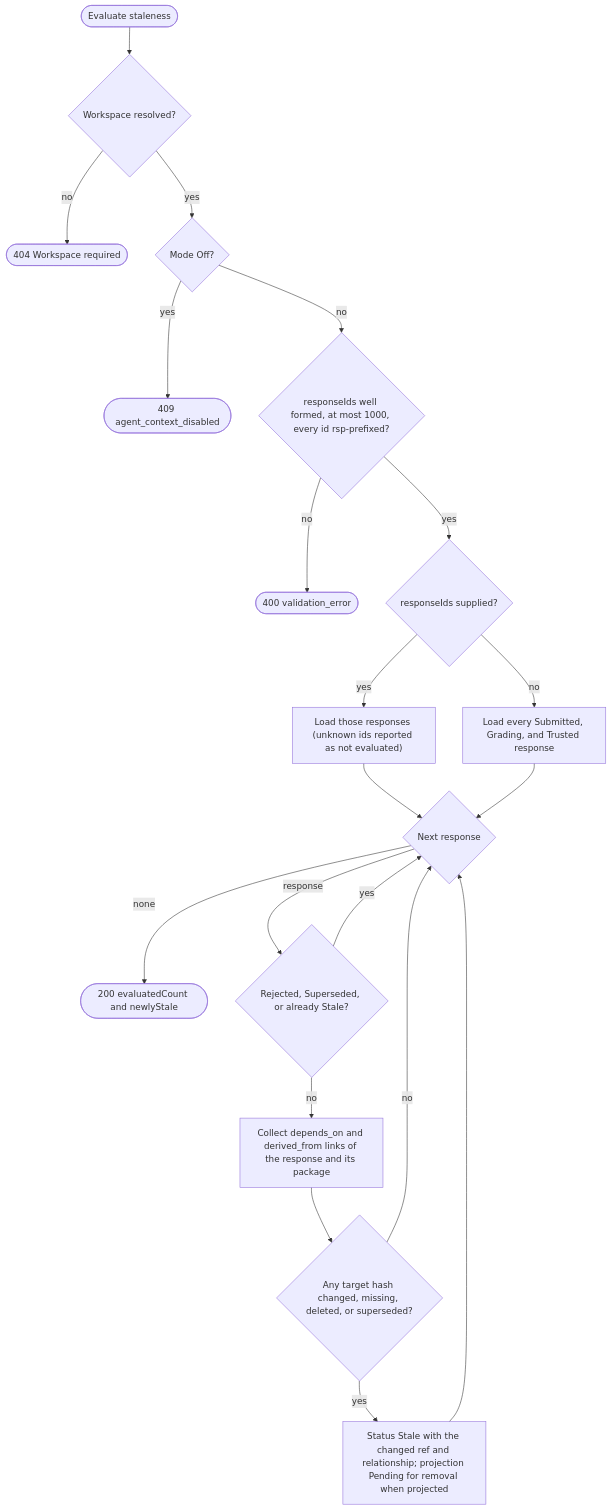
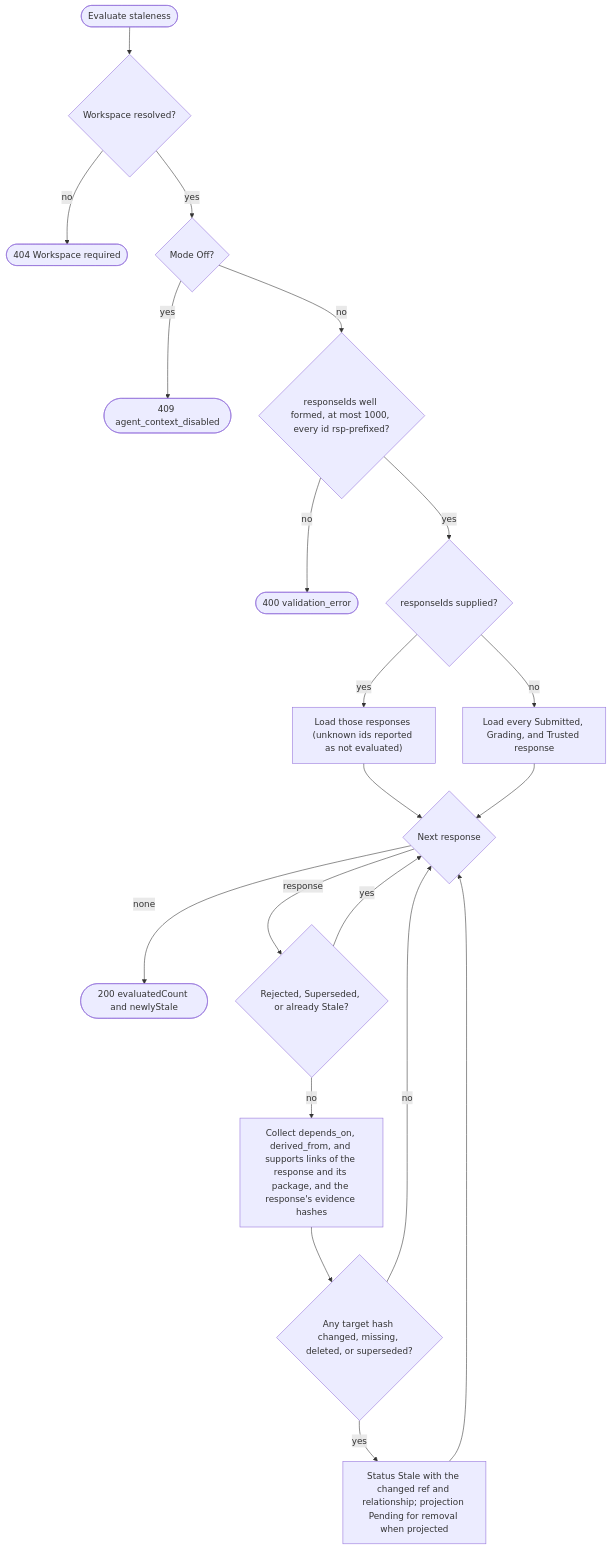
Before and after one commit to sharpninja/McpServer: diagram 16 of 59 in docs/Stateless-Agent-Context-Management.md, drawn with Mermaid. The commit also changed other lines of this file and 2 other files, not shown here.

````diff
--- a/docs/Stateless-Agent-Context-Management.md
+++ b/docs/Stateless-Agent-Context-Management.md
@@ -661,22 +668,22 @@
 ```mermaid
 flowchart TD
     S(["Evaluate staleness"]) --> W{"Workspace resolved?"}
     W -->|no| E0(["404 Workspace required"])
     W -->|yes| MO{"Mode Off?"}
     MO -->|yes| E1(["409 agent_context_disabled"])
     MO -->|no| VID{"responseIds well formed, at most 1000, every id rsp-prefixed?"}
     VID -->|no| E2(["400 validation_error"])
     VID -->|yes| SEL{"responseIds supplied?"}
     SEL -->|yes| L1["Load those responses (unknown ids reported as not evaluated)"]
     SEL -->|no| L2["Load every Submitted, Grading, and Trusted response"]
     L1 --> NX{"Next response"}
     L2 --> NX
     NX -->|none| R(["200 evaluatedCount and newlyStale"])
     NX -->|response| TERM{"Rejected, Superseded, or already Stale?"}
     TERM -->|yes| NX
-    TERM -->|no| DEP["Collect depends_on and derived_from links of the response and its package"]
+    TERM -->|no| DEP["Collect depends_on, derived_from, and supports links of the response and its package, and the response's evidence hashes"]
     DEP --> H{"Any target hash changed, missing, deleted, or superseded?"}
     H -->|no| NX
     H -->|yes| MK["Status Stale with the changed ref and relationship; projection Pending for removal when projected"]
     MK --> NX
 ```
````
